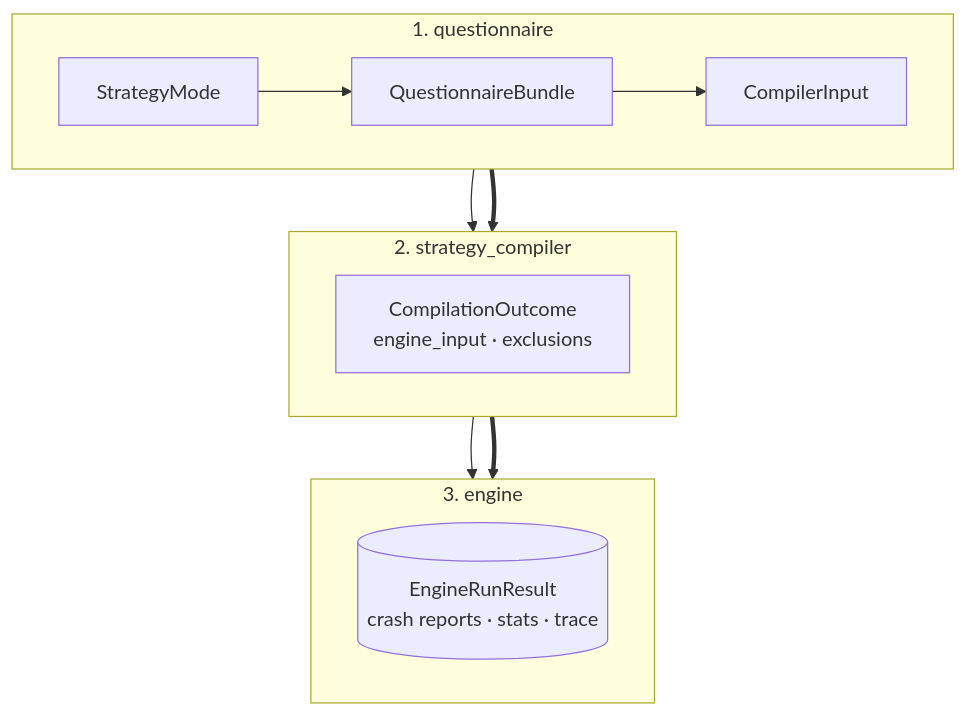
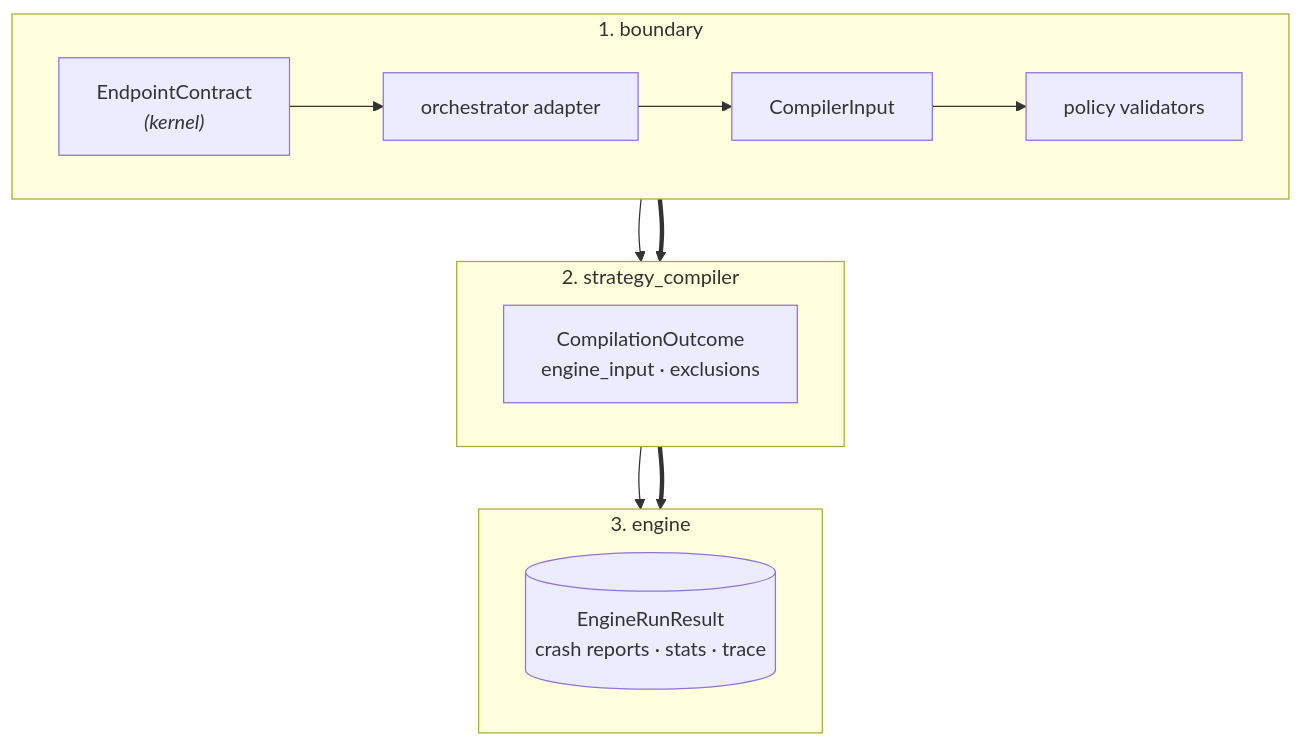
The first of 2 diagrams in docs/modules/custom-schemathesis/reference.md (Spec-Forge-Testing/specforge-docs), drawn with Mermaid before and after one commit. The commit also changed other lines of this file and 3 other files, not shown here.

First line of the commit message:
docs(schemathesis): describe the policy layer and the kernel-sourced vocabulary

````diff
--- a/docs/modules/custom-schemathesis/reference.md
+++ b/docs/modules/custom-schemathesis/reference.md
@@ -8,21 +8,22 @@
 ```mermaid
 flowchart TD
-    subgraph L1 ["1. questionnaire"]
+    subgraph L1 ["1. boundary"]
         direction LR
-        SM["StrategyMode"] --> QB["QuestionnaireBundle"]
-        QB --> CI["CompilerInput"]
+        EC["EndpointContract<br/><i>(kernel)</i>"] --> AD["orchestrator adapter"]
+        AD --> CI["CompilerInput"]
+        CI --> PV["policy validators"]
     end
 
     subgraph L2 ["2. strategy_compiler"]
         direction LR
-        CI --> CO["CompilationOutcome<br/>engine_input · exclusions"]
+        PV --> CO["CompilationOutcome<br/>engine_input · exclusions"]
     end
 
     subgraph L3 ["3. engine"]
         direction LR
         CO --> ERR[("EngineRunResult<br/>crash reports · stats · trace")]
     end
 
     L1 ==> L2
     L2 ==> L3
 ```
````
